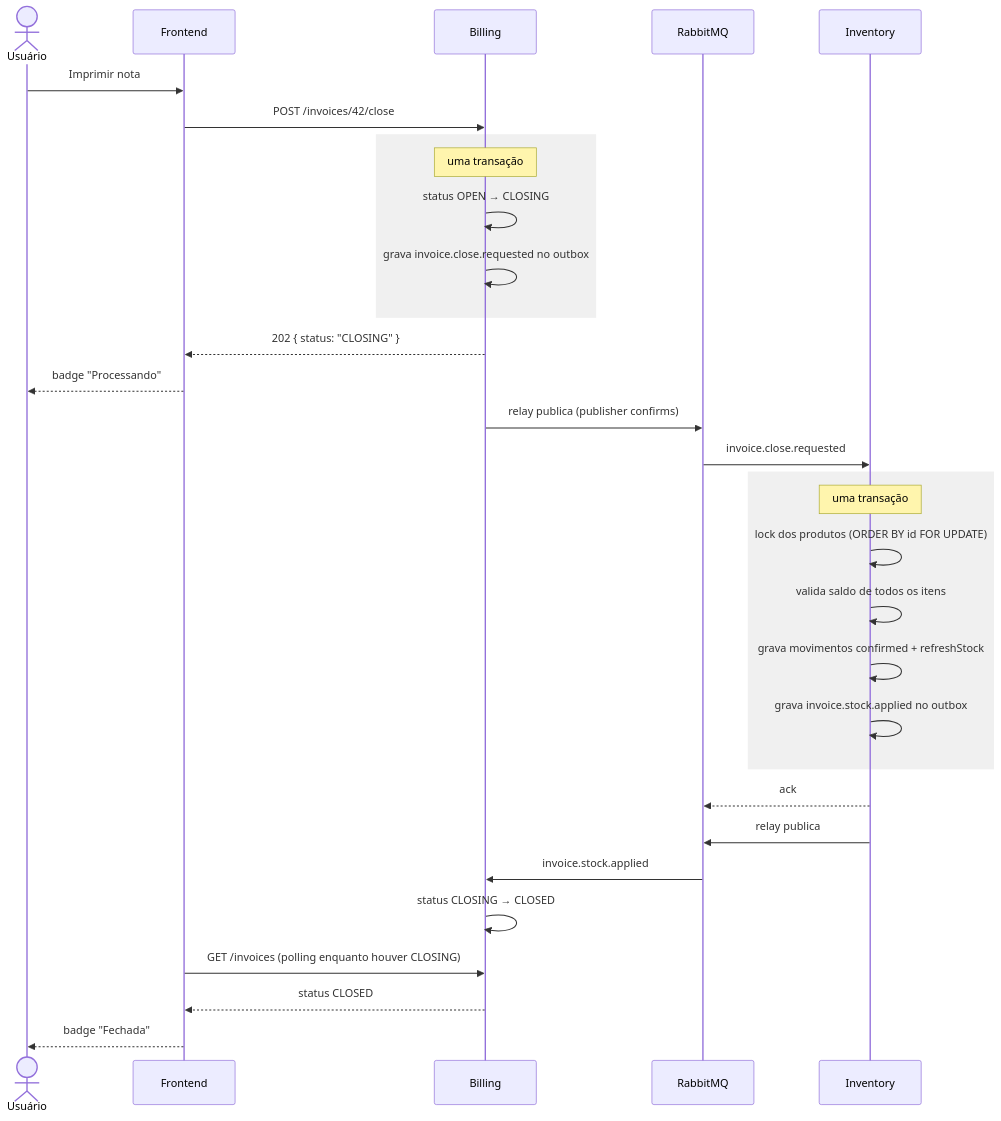
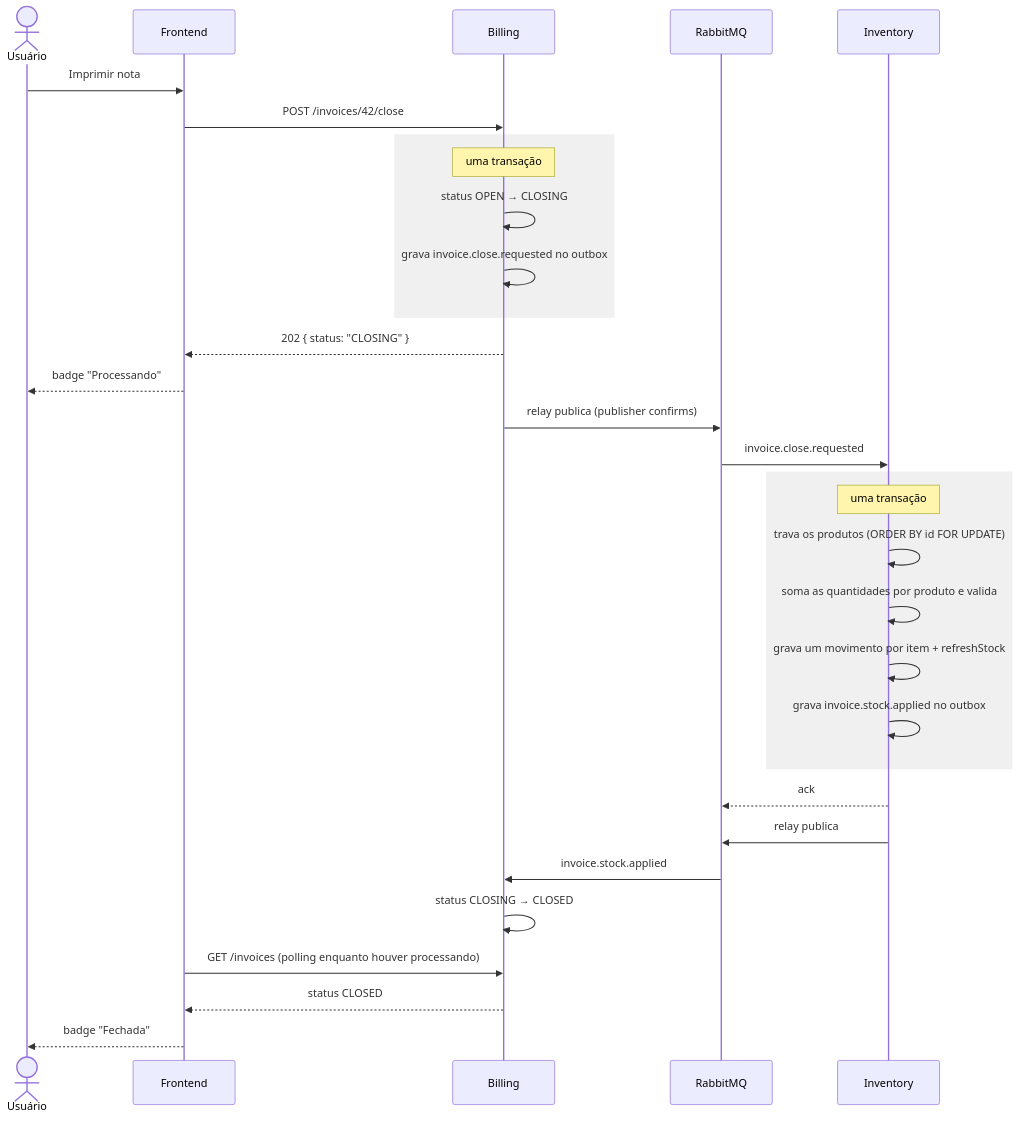
Before and after one commit to felixefelip/Korp_Teste_FelipeFelix: the second of 3 diagrams in docs/arquitetura.md, drawn with Mermaid. The commit also changed other lines of this file, not shown here.

````diff
--- a/docs/arquitetura.md
+++ b/docs/arquitetura.md
@@ -82,38 +90,38 @@
 ```mermaid
 sequenceDiagram
     actor U as Usuário
     participant F as Frontend
     participant B as Billing
     participant MQ as RabbitMQ
     participant I as Inventory
 
     U->>F: Imprimir nota
     F->>B: POST /invoices/42/close
     rect rgb(240, 240, 240)
         Note over B: uma transação
         B->>B: status OPEN → CLOSING
         B->>B: grava invoice.close.requested no outbox
     end
     B-->>F: 202 { status: "CLOSING" }
     F-->>U: badge "Processando"
 
     B->>MQ: relay publica (publisher confirms)
     MQ->>I: invoice.close.requested
 
     rect rgb(240, 240, 240)
         Note over I: uma transação
-        I->>I: lock dos produtos (ORDER BY id FOR UPDATE)
-        I->>I: valida saldo de todos os itens
-        I->>I: grava movimentos confirmed + refreshStock
+        I->>I: trava os produtos (ORDER BY id FOR UPDATE)
+        I->>I: soma as quantidades por produto e valida
+        I->>I: grava um movimento por item + refreshStock
         I->>I: grava invoice.stock.applied no outbox
     end
     I-->>MQ: ack
 
     I->>MQ: relay publica
     MQ->>B: invoice.stock.applied
     B->>B: status CLOSING → CLOSED
 
-    F->>B: GET /invoices (polling enquanto houver CLOSING)
+    F->>B: GET /invoices (polling enquanto houver processando)
     B-->>F: status CLOSED
     F-->>U: badge "Fechada"
 ```
````
